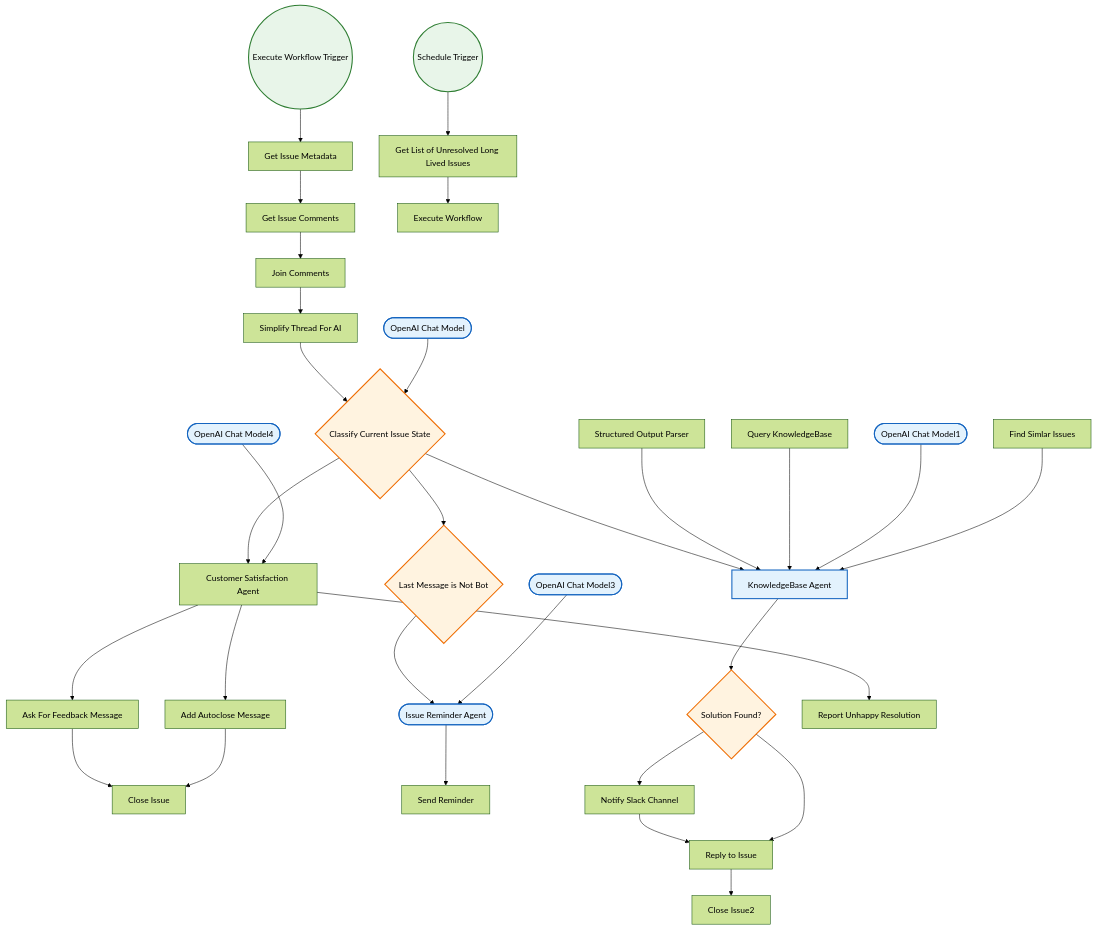
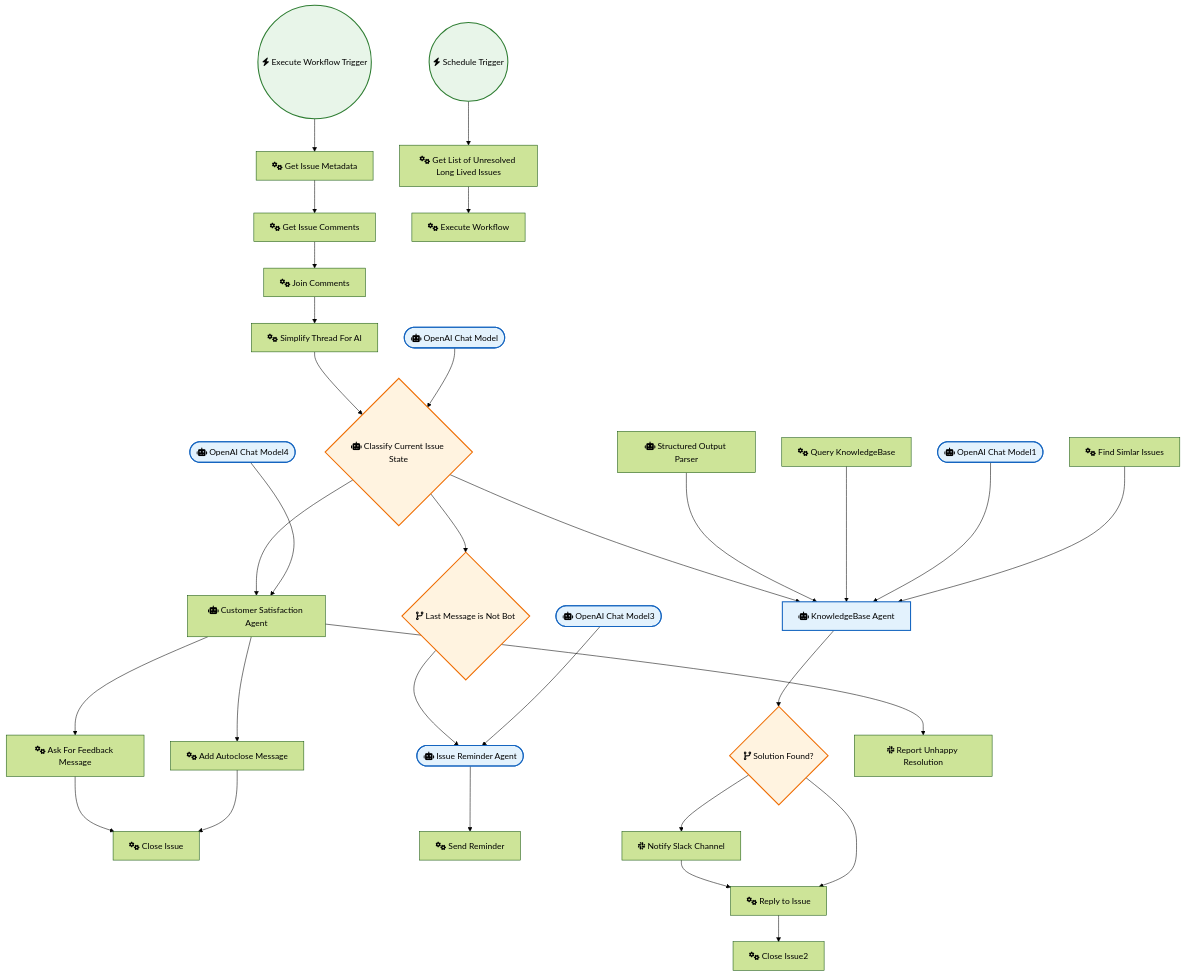
Before and after one commit to sreyash3105/N8N-DEMO-AUTOMATIONS: the diagram in OpenAI_and_LLMs/Automate Customer Support Issue Resolution using AI Text Classifier.md, drawn with Mermaid (forest theme). The commit also changed 291 other files, not shown here.

````diff
--- a/OpenAI_and_LLMs/Automate Customer Support Issue Resolution using AI Text Classifier.md
+++ b/OpenAI_and_LLMs/Automate Customer Support Issue Resolution using AI Text Classifier.md
@@ -1,66 +1,66 @@
 ```mermaid
 graph TD
     classDef trigger fill:#e8f5e9,stroke:#2e7d32,stroke-width:2px;
     classDef ai fill:#e3f2fd,stroke:#1565c0,stroke-width:2px;
     classDef logic fill:#fff3e0,stroke:#ef6c00,stroke-width:2px;
 
-    OpenAI_Chat_Model(["OpenAI Chat Model"]):::ai
-    OpenAI_Chat_Model1(["OpenAI Chat Model1"]):::ai
-    OpenAI_Chat_Model3(["OpenAI Chat Model3"]):::ai
-    OpenAI_Chat_Model4(["OpenAI Chat Model4"]):::ai
-    Schedule_Trigger(("Schedule Trigger")):::trigger
-    Get_Issue_Comments["Get Issue Comments"]
-    Close_Issue["Close Issue"]
-    Send_Reminder["Send Reminder"]
-    Join_Comments["Join Comments"]
-    Add_Autoclose_Message["Add Autoclose Message"]
-    Ask_For_Feedback_Message["Ask For Feedback Message"]
-    Simplify_Thread_For_AI["Simplify Thread For AI"]
-    Solution_Found_{"Solution Found?"}:::logic
-    Reply_to_Issue["Reply to Issue"]
-    Last_Message_is_Not_Bot{"Last Message is Not Bot"}:::logic
-    Structured_Output_Parser["Structured Output Parser"]
-    Get_Issue_Metadata["Get Issue Metadata"]
-    Notify_Slack_Channel["Notify Slack Channel"]
-    Close_Issue2["Close Issue2"]
-    Get_List_of_Unresolved_Long_Lived_Issues["Get List of Unresolved Long Lived Issues"]
-    Execute_Workflow["Execute Workflow"]
-    Execute_Workflow_Trigger(("Execute Workflow Trigger")):::trigger
-    Customer_Satisfaction_Agent["Customer Satisfaction Agent"]
-    KnowledgeBase_Agent["KnowledgeBase Agent"]:::ai
-    Issue_Reminder_Agent(["Issue Reminder Agent"]):::ai
-    Find_Simlar_Issues["Find Simlar Issues"]
-    Query_KnowledgeBase["Query KnowledgeBase"]
-    Report_Unhappy_Resolution["Report Unhappy Resolution"]
-    Classify_Current_Issue_State{"Classify Current Issue State"}:::logic
+    OpenAI_Chat_Model(["fas:fa-robot OpenAI Chat Model"]):::ai
+    OpenAI_Chat_Model1(["fas:fa-robot OpenAI Chat Model1"]):::ai
+    OpenAI_Chat_Model3(["fas:fa-robot OpenAI Chat Model3"]):::ai
+    OpenAI_Chat_Model4(["fas:fa-robot OpenAI Chat Model4"]):::ai
+    Schedule_Trigger(("fas:fa-bolt Schedule Trigger")):::trigger
+    Get_Issue_Comments["fas:fa-cogs Get Issue Comments"]
+    Close_Issue["fas:fa-cogs Close Issue"]
+    Send_Reminder["fas:fa-cogs Send Reminder"]
+    Join_Comments["fas:fa-cogs Join Comments"]
+    Add_Autoclose_Message["fas:fa-cogs Add Autoclose Message"]
+    Ask_For_Feedback_Message["fas:fa-cogs Ask For Feedback Message"]
+    Simplify_Thread_For_AI["fas:fa-cogs Simplify Thread For AI"]
+    Solution_Found_{"fas:fa-code-branch Solution Found?"}:::logic
+    Reply_to_Issue["fas:fa-cogs Reply to Issue"]
+    Last_Message_is_Not_Bot{"fas:fa-code-branch Last Message is Not Bot"}:::logic
+    Structured_Output_Parser["fas:fa-robot Structured Output Parser"]
+    Get_Issue_Metadata["fas:fa-cogs Get Issue Metadata"]
+    Notify_Slack_Channel["fab:fa-slack Notify Slack Channel"]
+    Close_Issue2["fas:fa-cogs Close Issue2"]
+    Get_List_of_Unresolved_Long_Lived_Issues["fas:fa-cogs Get List of Unresolved Long Lived Issues"]
+    Execute_Workflow["fas:fa-cogs Execute Workflow"]
+    Execute_Workflow_Trigger(("fas:fa-bolt Execute Workflow Trigger")):::trigger
+    Customer_Satisfaction_Agent["fas:fa-robot Customer Satisfaction Agent"]
+    KnowledgeBase_Agent["fas:fa-robot KnowledgeBase Agent"]:::ai
+    Issue_Reminder_Agent(["fas:fa-robot Issue Reminder Agent"]):::ai
+    Find_Simlar_Issues["fas:fa-cogs Find Simlar Issues"]
+    Query_KnowledgeBase["fas:fa-cogs Query KnowledgeBase"]
+    Report_Unhappy_Resolution["fab:fa-slack Report Unhappy Resolution"]
+    Classify_Current_Issue_State{"fas:fa-robot Classify Current Issue State"}:::logic
 
     Join_Comments --> Simplify_Thread_For_AI
     Reply_to_Issue --> Close_Issue2
     Solution_Found_ --> Reply_to_Issue
     Solution_Found_ --> Notify_Slack_Channel
     Schedule_Trigger --> Get_List_of_Unresolved_Long_Lived_Issues
     OpenAI_Chat_Model --> Classify_Current_Issue_State
     Find_Simlar_Issues --> KnowledgeBase_Agent
     Get_Issue_Comments --> Join_Comments
     Get_Issue_Metadata --> Get_Issue_Comments
     OpenAI_Chat_Model1 --> KnowledgeBase_Agent
     OpenAI_Chat_Model3 --> Issue_Reminder_Agent
     OpenAI_Chat_Model4 --> Customer_Satisfaction_Agent
     KnowledgeBase_Agent --> Solution_Found_
     Query_KnowledgeBase --> KnowledgeBase_Agent
     Issue_Reminder_Agent --> Send_Reminder
     Notify_Slack_Channel --> Reply_to_Issue
     Add_Autoclose_Message --> Close_Issue
     Simplify_Thread_For_AI --> Classify_Current_Issue_State
     Last_Message_is_Not_Bot --> Issue_Reminder_Agent
     Ask_For_Feedback_Message --> Close_Issue
     Execute_Workflow_Trigger --> Get_Issue_Metadata
     Structured_Output_Parser --> KnowledgeBase_Agent
     Customer_Satisfaction_Agent --> Ask_For_Feedback_Message
     Customer_Satisfaction_Agent --> Add_Autoclose_Message
     Customer_Satisfaction_Agent --> Report_Unhappy_Resolution
     Classify_Current_Issue_State --> Customer_Satisfaction_Agent
     Classify_Current_Issue_State --> Last_Message_is_Not_Bot
     Classify_Current_Issue_State --> KnowledgeBase_Agent
     Get_List_of_Unresolved_Long_Lived_Issues --> Execute_Workflow
 ```
````
